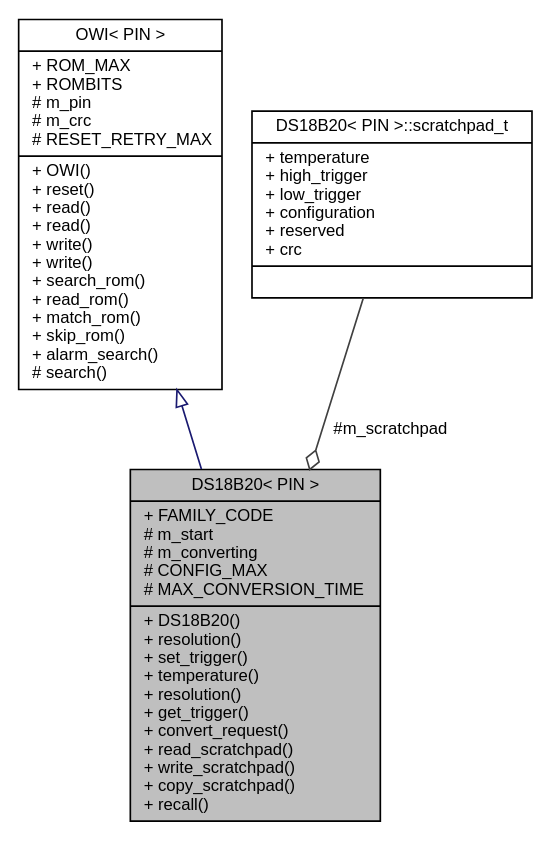
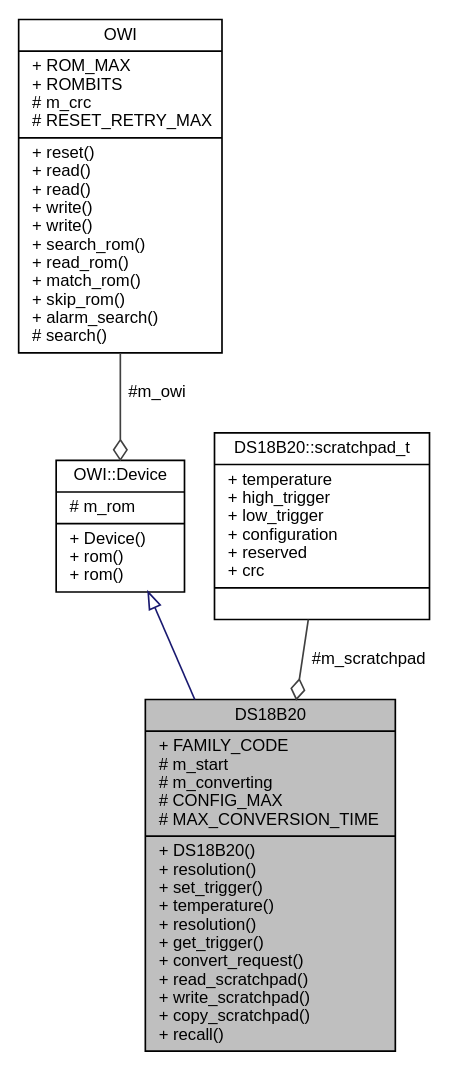
Before and after one commit to mikaelpatel/mikaelpatel.github.io: the diagram in Arduino-OWI/d4/d9e/classDS18B20__coll__graph.dot, drawn with Graphviz. The commit also changed 190 other files, not shown here.

```diff
--- a/Arduino-OWI/d4/d9e/classDS18B20__coll__graph.dot
+++ b/Arduino-OWI/d4/d9e/classDS18B20__coll__graph.dot
@@ -1,10 +1,12 @@
-digraph "DS18B20&lt; PIN &gt;"
+digraph "DS18B20"
 {
   edge [fontname="Helvetica",fontsize="10",labelfontname="Helvetica",labelfontsize="10"];
   node [fontname="Helvetica",fontsize="10",shape=record];
-  Node1 [label="{DS18B20\< PIN \>\n|+ FAMILY_CODE\l# m_start\l# m_converting\l# CONFIG_MAX\l# MAX_CONVERSION_TIME\l|+ DS18B20()\l+ resolution()\l+ set_trigger()\l+ temperature()\l+ resolution()\l+ get_trigger()\l+ convert_request()\l+ read_scratchpad()\l+ write_scratchpad()\l+ copy_scratchpad()\l+ recall()\l}",height=0.2,width=0.4,color="black", fillcolor="grey75", style="filled", fontcolor="black"];
+  Node1 [label="{DS18B20\n|+ FAMILY_CODE\l# m_start\l# m_converting\l# CONFIG_MAX\l# MAX_CONVERSION_TIME\l|+ DS18B20()\l+ resolution()\l+ set_trigger()\l+ temperature()\l+ resolution()\l+ get_trigger()\l+ convert_request()\l+ read_scratchpad()\l+ write_scratchpad()\l+ copy_scratchpad()\l+ recall()\l}",height=0.2,width=0.4,color="black", fillcolor="grey75", style="filled", fontcolor="black"];
   Node2 -> Node1 [dir="back",color="midnightblue",fontsize="10",style="solid",arrowtail="onormal",fontname="Helvetica"];
-  Node2 [label="{OWI\< PIN \>\n|+ ROM_MAX\l+ ROMBITS\l# m_pin\l# m_crc\l# RESET_RETRY_MAX\l|+ OWI()\l+ reset()\l+ read()\l+ read()\l+ write()\l+ write()\l+ search_rom()\l+ read_rom()\l+ match_rom()\l+ skip_rom()\l+ alarm_search()\l# search()\l}",height=0.2,width=0.4,color="black", fillcolor="white", style="filled",URL="$d7/d90/classOWI.html"];
-  Node3 -> Node1 [color="grey25",fontsize="10",style="solid",label=" #m_scratchpad" ,arrowhead="odiamond",fontname="Helvetica"];
-  Node3 [label="{DS18B20\< PIN \>::scratchpad_t\n|+ temperature\l+ high_trigger\l+ low_trigger\l+ configuration\l+ reserved\l+ crc\l|}",height=0.2,width=0.4,color="black", fillcolor="white", style="filled",URL="$d4/d1f/structDS18B20_1_1scratchpad__t.html"];
+  Node2 [label="{OWI::Device\n|# m_rom\l|+ Device()\l+ rom()\l+ rom()\l}",height=0.2,width=0.4,color="black", fillcolor="white", style="filled",URL="$d0/d7f/classOWI_1_1Device.html"];
+  Node3 -> Node2 [color="grey25",fontsize="10",style="solid",label=" #m_owi" ,arrowhead="odiamond",fontname="Helvetica"];
+  Node3 [label="{OWI\n|+ ROM_MAX\l+ ROMBITS\l# m_crc\l# RESET_RETRY_MAX\l|+ reset()\l+ read()\l+ read()\l+ write()\l+ write()\l+ search_rom()\l+ read_rom()\l+ match_rom()\l+ skip_rom()\l+ alarm_search()\l# search()\l}",height=0.2,width=0.4,color="black", fillcolor="white", style="filled",URL="$d7/d90/classOWI.html"];
+  Node4 -> Node1 [color="grey25",fontsize="10",style="solid",label=" #m_scratchpad" ,arrowhead="odiamond",fontname="Helvetica"];
+  Node4 [label="{DS18B20::scratchpad_t\n|+ temperature\l+ high_trigger\l+ low_trigger\l+ configuration\l+ reserved\l+ crc\l|}",height=0.2,width=0.4,color="black", fillcolor="white", style="filled",URL="$d4/d1f/structDS18B20_1_1scratchpad__t.html"];
 }
```
